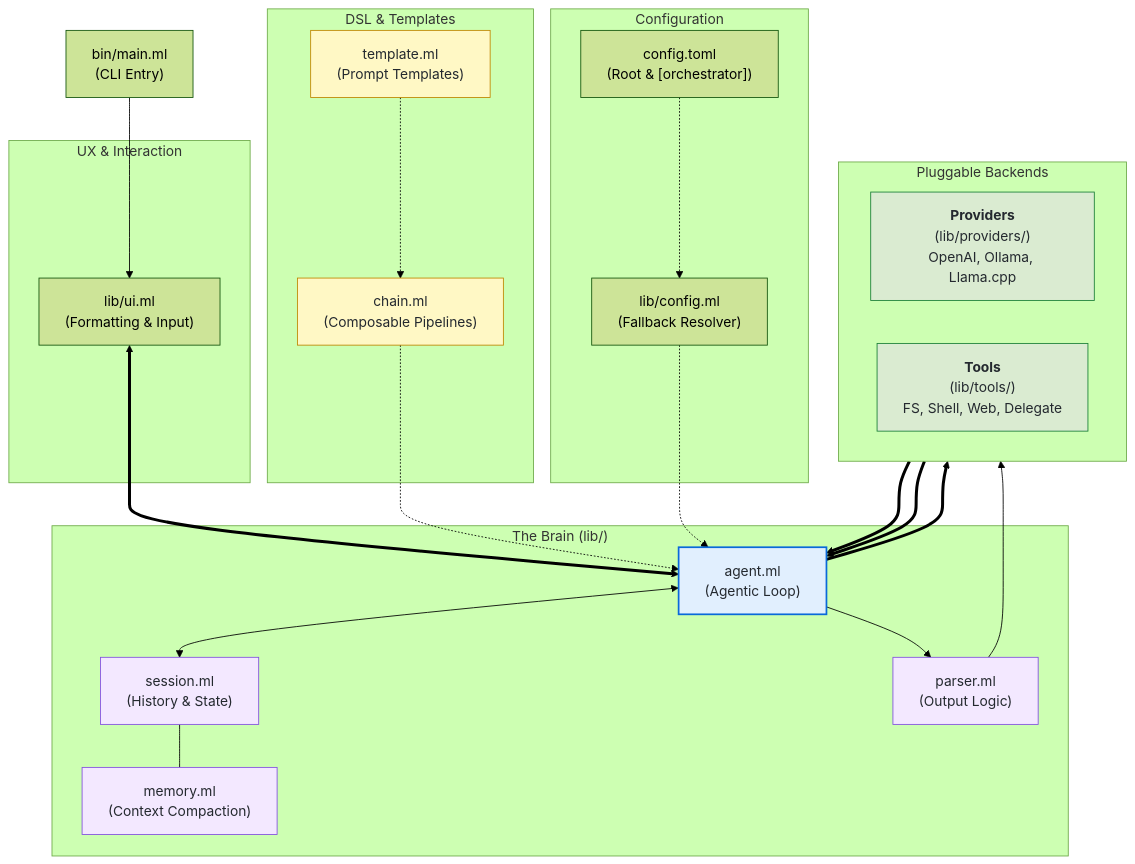
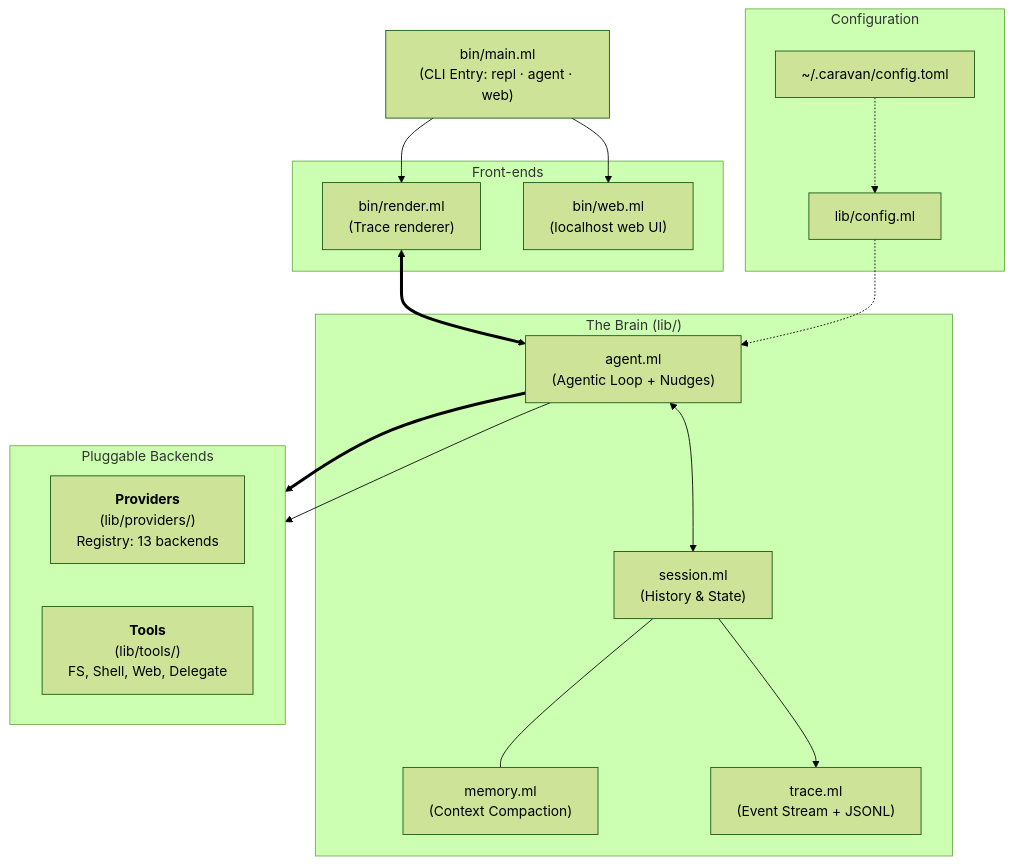
One commit to adukhan99/Caravan changed the diagram in README.md. Above: the diagram before and after it, drawn with Mermaid (forest theme). The commit also changed other lines of this file and 5 other files, not shown here.

````diff
--- a/README.md
+++ b/README.md
@@ -107,63 +128,38 @@
 ```mermaid
 flowchart TB
-    %% Nodes
-    Entry["bin/main.ml<br/>(CLI Entry)"]
-    
-    subgraph UI_Layer ["UX & Interaction"]
-        UI["lib/ui.ml<br/>(Formatting & Input)"]
+    Entry["bin/main.ml<br/>(CLI Entry: repl · agent · web)"]
+
+    subgraph UI_Layer ["Front-ends"]
+        Render["bin/render.ml<br/>(Trace renderer)"]
+        WebUI["bin/web.ml<br/>(localhost web UI)"]
     end
 
     subgraph Orchestrator ["The Brain (lib/)"]
-        Agent["agent.ml<br/>(Agentic Loop)"]
+        Agent["agent.ml<br/>(Agentic Loop + Nudges)"]
         Session["session.ml<br/>(History & State)"]
         Memory["memory.ml<br/>(Context Compaction)"]
-        Parser["parser.ml<br/>(Output Logic)"]
-    end
-
-    subgraph DSL_Layer ["DSL & Templates"]
-        Chain["chain.ml<br/>(Composable Pipelines)"]
-        Template["template.ml<br/>(Prompt Templates)"]
+        Trace["trace.ml<br/>(Event Stream + JSONL)"]
     end
 
     subgraph Interface ["Pluggable Backends"]
         direction LR
-        Providers["<b>Providers</b><br/>(lib/providers/)<br/>OpenAI, Ollama, Llama.cpp"]
+        Providers["<b>Providers</b><br/>(lib/providers/)<br/>Registry: 13 backends"]
         Tools["<b>Tools</b><br/>(lib/tools/)<br/>FS, Shell, Web, Delegate"]
     end
 
     subgraph Settings ["Configuration"]
-        TOML["config.toml<br/>(Root & [orchestrator])"]
-        Config["lib/config.ml<br/>(Fallback Resolver)"]
+        TOML["~/.caravan/config.toml"]
+        Config["lib/config.ml"]
     end
 
-    %% Connections
-    Entry --> UI
-    UI <==> Agent
-    
+    Entry --> Render
+    Entry --> WebUI
+    Render <==> Agent
     Agent <--> Session
     Session --- Memory
-    
+    Session --> Trace
     Agent ==> Providers
-    Providers ==> Agent
-    
-    Agent --> Parser
-    Parser --> Tools
-    Tools ==> Agent
-
-    Chain -.-> Agent
-    Template -.-> Chain
-
+    Agent --> Tools
     TOML -.-> Config
     Config -.-> Agent
-
-    %% Styling
-    classDef primary fill:#e1effe,stroke:#0969da,stroke-width:2px,color:#24292f;
-    classDef secondary fill:#f3e8ff,stroke:#8250df,stroke-width:1px,color:#24292f;
-    classDef interface fill:#daebd1,stroke:#1a7f37,stroke-width:1px,color:#24292f;
-    classDef dsl fill:#fff8c5,stroke:#bf8700,stroke-width:1px,color:#24292f;
-    
-    class Agent primary;
-    class Session,Memory,Parser secondary;
-    class Providers,Tools interface;
-    class Chain,Template dsl;
 ```
````
